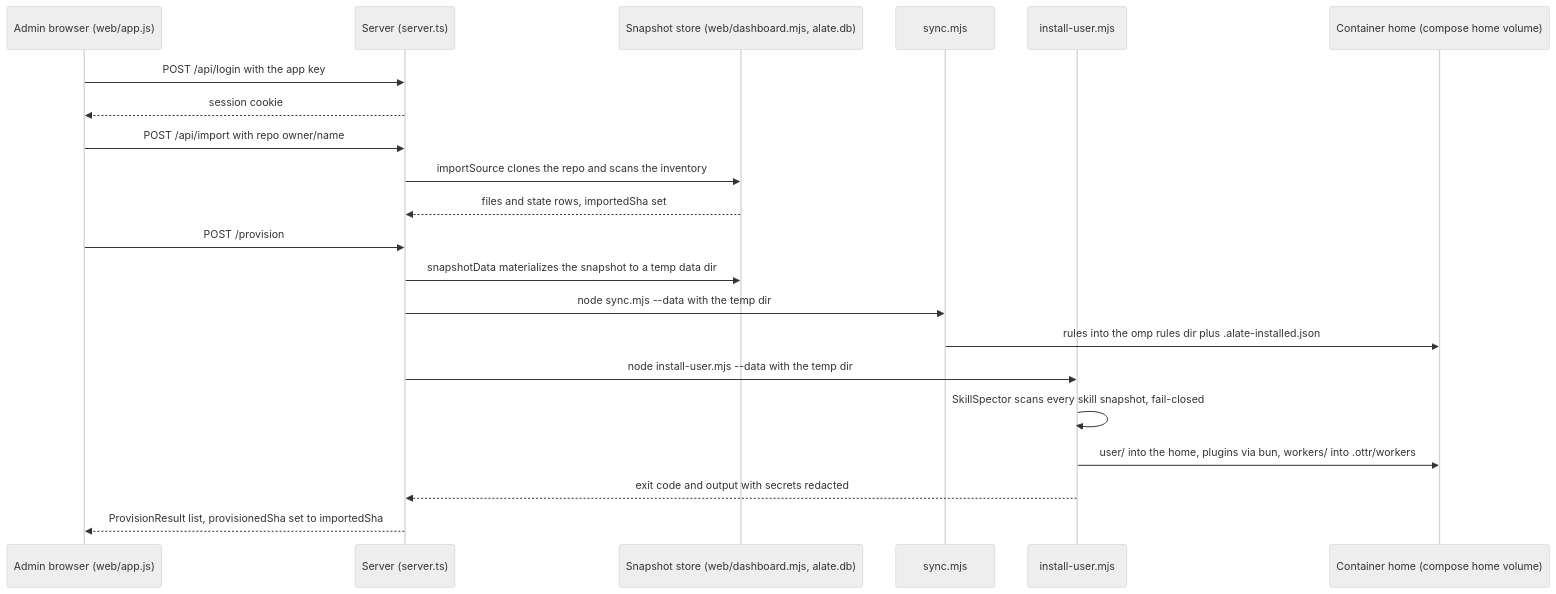
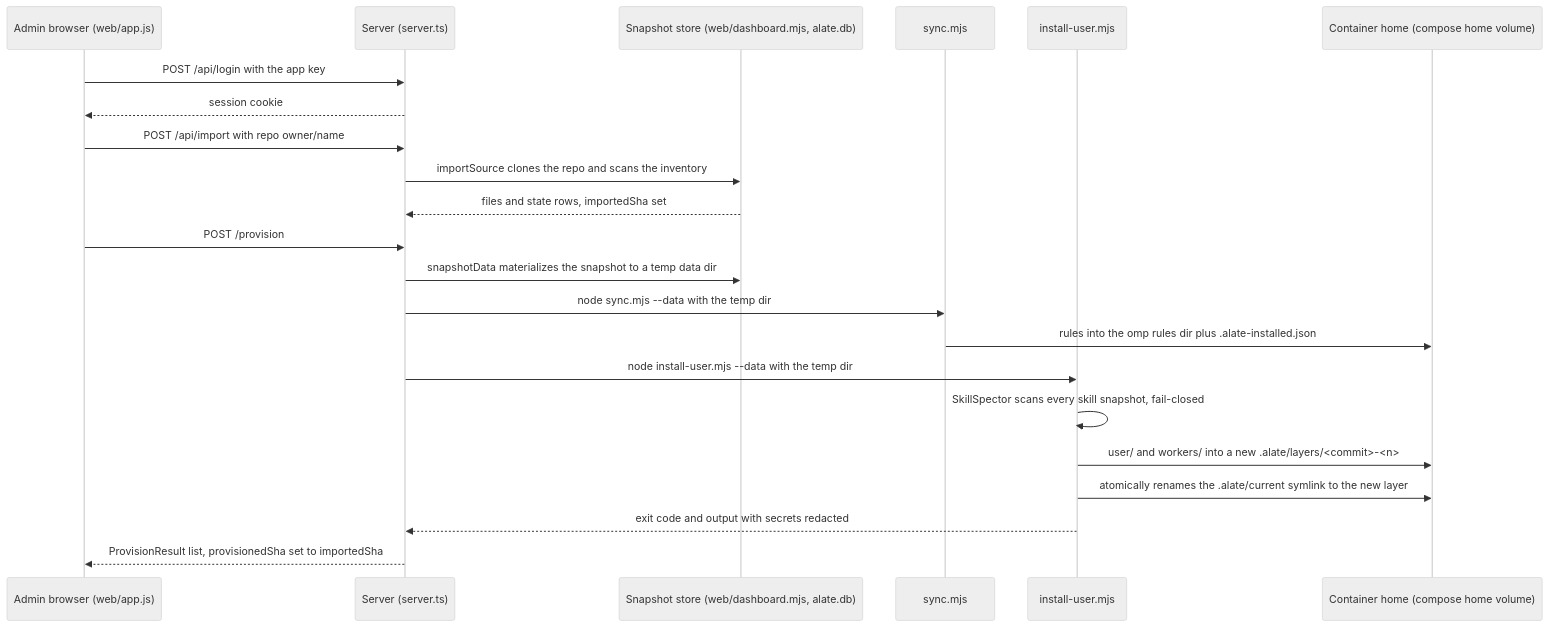
Before and after one commit to ottr-ai/alate: the second of 3 diagrams in docs/how-it-works.md, drawn with Mermaid (neutral theme). The commit also changed other lines of this file and 6 other files, not shown here.

Commit message:
sync: install each provision into a layer and switch atomically

````diff
--- a/docs/how-it-works.md
+++ b/docs/how-it-works.md
@@ -63,24 +67,25 @@
 ```mermaid
 sequenceDiagram
   participant admin as Admin browser (web/app.js)
   participant server as Server (server.ts)
   participant store as Snapshot store (web/dashboard.mjs, alate.db)
   participant sync as sync.mjs
   participant install as install-user.mjs
   participant home as Container home (compose home volume)
 
   admin->>server: POST /api/login with the app key
   server-->>admin: session cookie
   admin->>server: POST /api/import with repo owner/name
   server->>store: importSource clones the repo and scans the inventory
   store-->>server: files and state rows, importedSha set
   admin->>server: POST /provision
   server->>store: snapshotData materializes the snapshot to a temp data dir
   server->>sync: node sync.mjs --data with the temp dir
   sync->>home: rules into the omp rules dir plus .alate-installed.json
   server->>install: node install-user.mjs --data with the temp dir
   install->>install: SkillSpector scans every skill snapshot, fail-closed
-  install->>home: user/ into the home, plugins via bun, workers/ into .ottr/workers
+  install->>home: user/ and workers/ into a new .alate/layers/<commit>-<n>
+  install->>home: atomically renames the .alate/current symlink to the new layer
   install-->>server: exit code and output with secrets redacted
   server-->>admin: ProvisionResult list, provisionedSha set to importedSha
 ```
````
